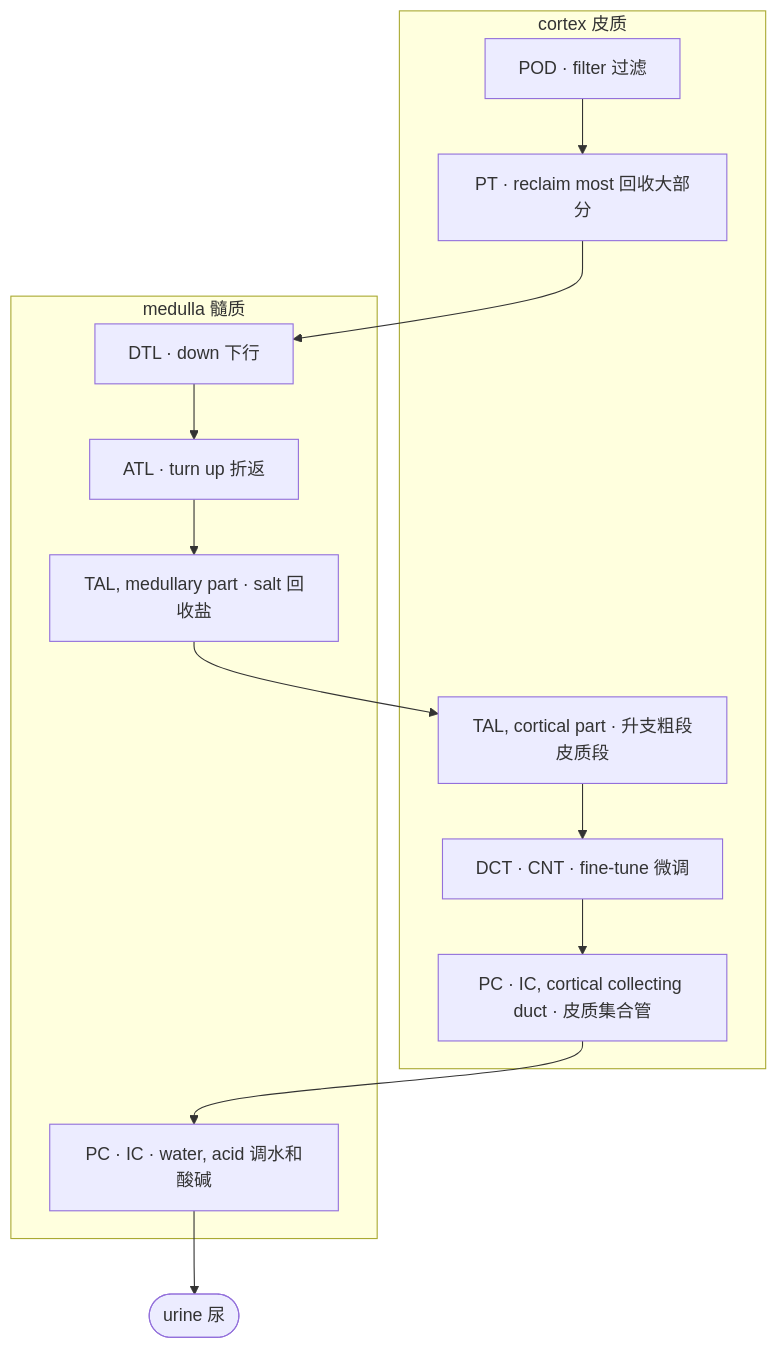
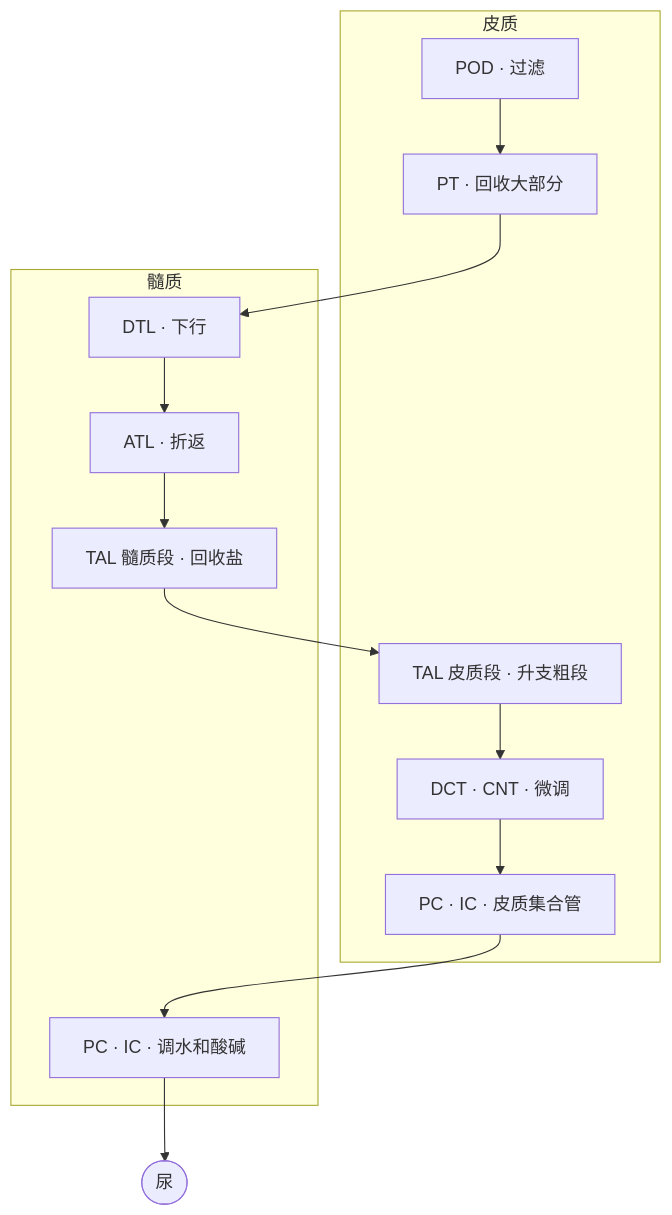
Before and after one commit to jasonjin34/Medical_reading_material: the diagram in docs/onboarding/03-kidney.zh.md, drawn with Mermaid. The commit also changed other lines of this file and 82 other files, not shown here.

````diff
--- a/docs/onboarding/03-kidney.zh.md
+++ b/docs/onboarding/03-kidney.zh.md
@@ -51,19 +51,19 @@
 ```mermaid
 flowchart TB
-  subgraph cortex["cortex 皮质"]
-    POD["POD · filter 过滤"] --> PT["PT · reclaim most 回收大部分"]
-    CTAL["TAL, cortical part · 升支粗段皮质段"]
-    DCT["DCT · CNT · fine-tune 微调"]
-    CCD["PC · IC, cortical collecting duct · 皮质集合管"]
+  subgraph cortex["皮质"]
+    POD["POD · 过滤"] --> PT["PT · 回收大部分"]
+    CTAL["TAL 皮质段 · 升支粗段"]
+    DCT["DCT · CNT · 微调"]
+    CCD["PC · IC · 皮质集合管"]
   end
-  subgraph medulla["medulla 髓质"]
-    DTL["DTL · down 下行"] --> ATL["ATL · turn up 折返"] --> MTAL["TAL, medullary part · salt 回收盐"]
-    MCD["PC · IC · water, acid 调水和酸碱"]
+  subgraph medulla["髓质"]
+    DTL["DTL · 下行"] --> ATL["ATL · 折返"] --> MTAL["TAL 髓质段 · 回收盐"]
+    MCD["PC · IC · 调水和酸碱"]
   end
   PT --> DTL
   MTAL --> CTAL
   CTAL --> DCT
   DCT --> CCD
   CCD --> MCD
-  MCD --> U(["urine 尿"])
+  MCD --> U(["尿"])
 ```
````
